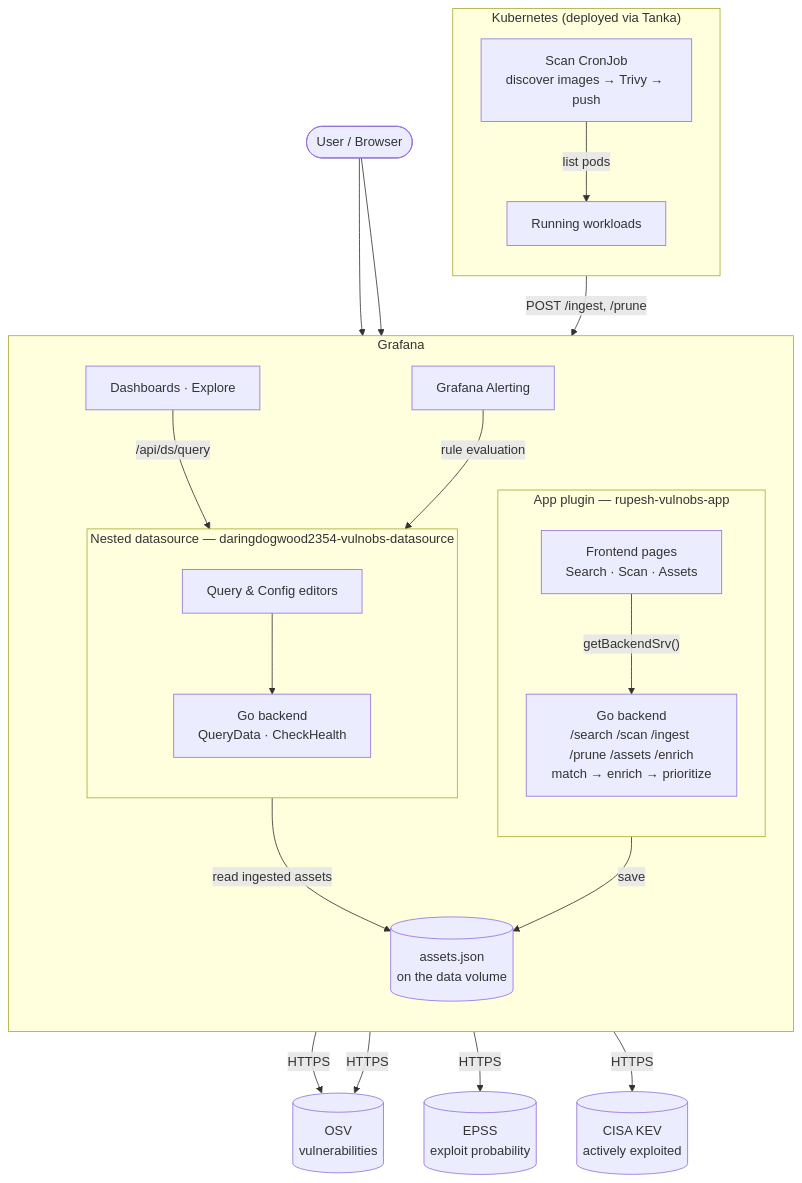
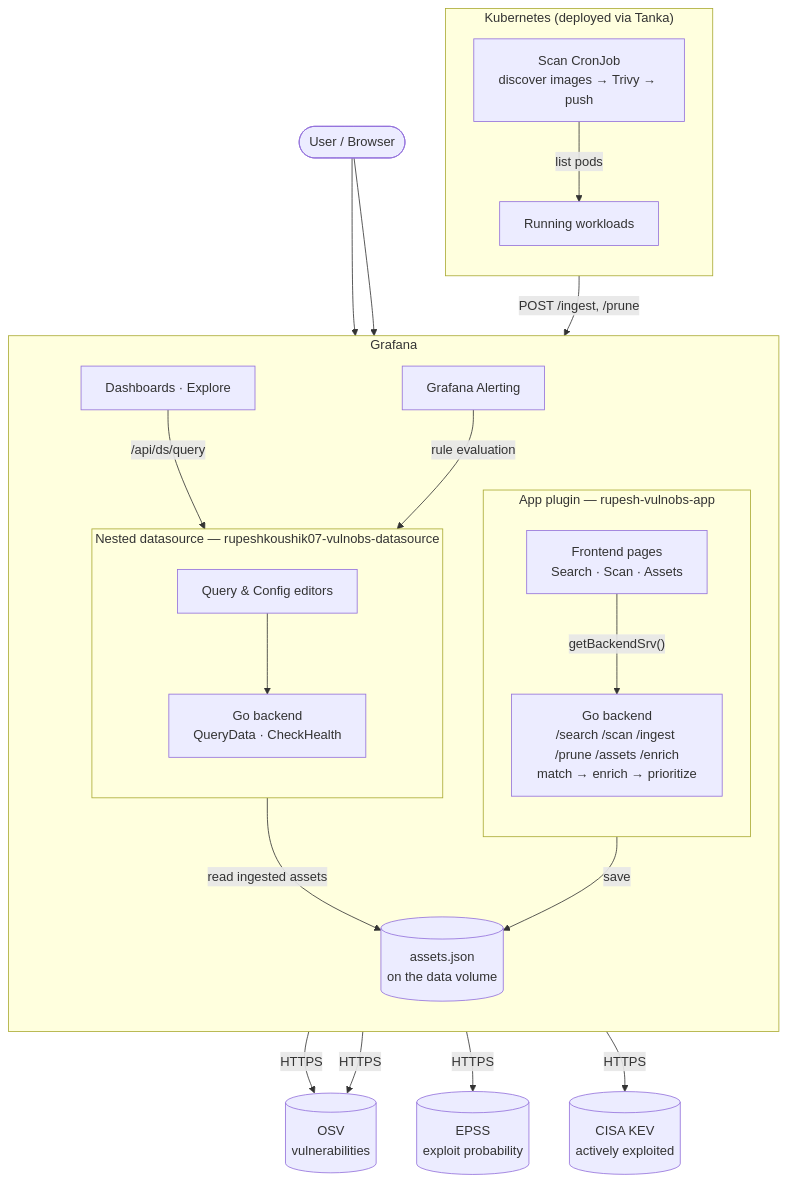
Before and after one commit to rupeshkoushik07/grafana-vulnobs: the diagram in README.md, drawn with Mermaid. The commit also changed 9 other files, not shown here.

````diff
--- a/README.md
+++ b/README.md
@@ -116,49 +116,49 @@
 ```mermaid
 flowchart TB
     user(["User&nbsp;/&nbsp;Browser"])
 
     subgraph k8s["Kubernetes (deployed via Tanka)"]
         direction TB
         pods["Running workloads"]
         scanner["Scan CronJob<br/>discover images → Trivy → push"]
         scanner -->|"list pods"| pods
     end
 
     subgraph grafana["Grafana"]
         direction TB
         dashes["Dashboards&nbsp;·&nbsp;Explore"]
         alerting["Grafana Alerting"]
 
         subgraph app["App plugin — rupesh-vulnobs-app"]
             direction TB
             appfe["Frontend pages<br/>Search · Scan · Assets"]
             appbe["Go backend<br/>/search /scan /ingest /prune /assets /enrich<br/>match → enrich → prioritize"]
             appfe -->|"getBackendSrv()"| appbe
         end
 
-        subgraph ds["Nested datasource — daringdogwood2354-vulnobs-datasource"]
+        subgraph ds["Nested datasource — rupeshkoushik07-vulnobs-datasource"]
             direction TB
             dsfe["Query &amp; Config editors"]
             dsbe["Go backend<br/>QueryData · CheckHealth"]
             dsfe --> dsbe
         end
 
         store[("assets.json<br/>on the data volume")]
     end
 
     osv[("OSV<br/>vulnerabilities")]
     epss[("EPSS<br/>exploit probability")]
     kev[("CISA KEV<br/>actively exploited")]
 
     user --> appfe
     user --> dashes
     scanner -->|"POST /ingest, /prune"| appbe
     appbe -->|"save"| store
     dsbe -->|"read ingested assets"| store
     dashes -->|"/api/ds/query"| dsbe
     alerting -->|"rule evaluation"| dsbe
     appbe -->|"HTTPS"| osv
     appbe -->|"HTTPS"| epss
     appbe -->|"HTTPS"| kev
     dsbe -->|"HTTPS"| osv
 ```
````
